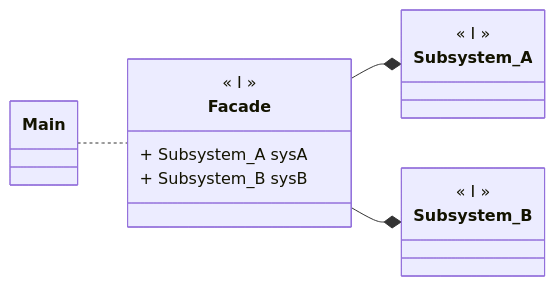
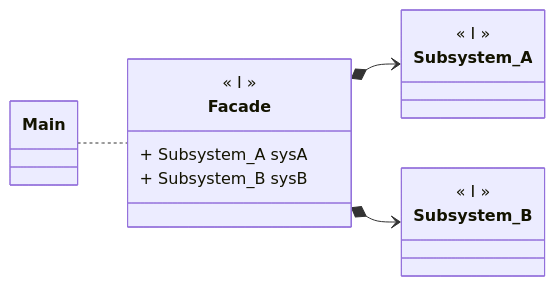
The diagram in Programming/Patterns/data/Facade.md (angelromarco04/MyNotes), drawn with Mermaid before and after one commit. The commit also changed 3 other files, not shown here.

````diff
--- a/Programming/Patterns/data/Facade.md
+++ b/Programming/Patterns/data/Facade.md
@@ -20,22 +20,22 @@
 ```mermaid
 classDiagram
 direction LR
 
 Main .. Facade
-Facade --* Subsystem_A
-Facade --* Subsystem_B
+Facade *--> Subsystem_A
+Facade *--> Subsystem_B
 
 class Facade {
 	<< I >>
 	+ Subsystem_A sysA
 	+ Subsystem_B sysB
 }
 
 class Subsystem_A {
 	<< I >>
 }
 
 class Subsystem_B {
 	<< I >>
 }
 ```
````
